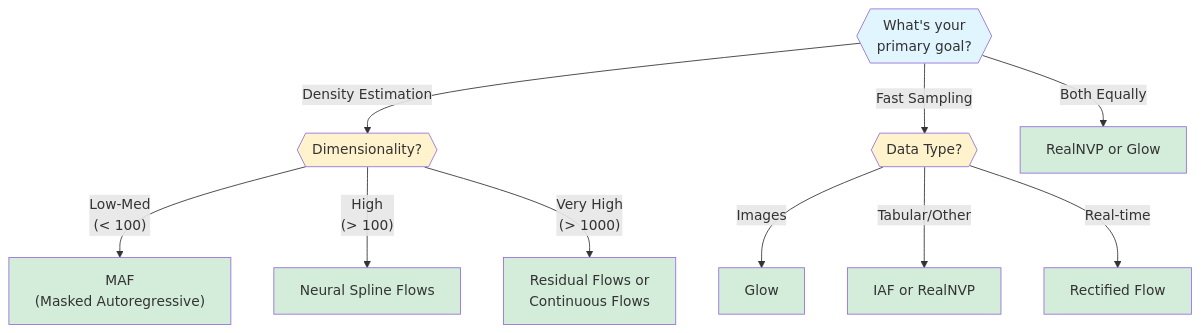
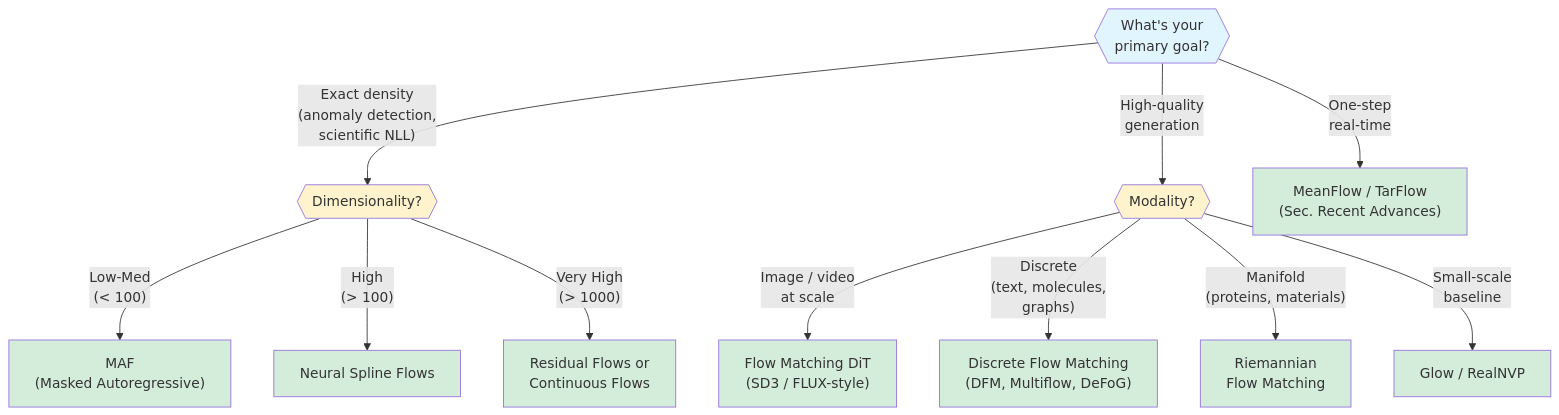
One commit to avitai/artifex changed the seventh of 7 diagrams in docs/user-guide/concepts/flow-explained.md. Above: the diagram before and after it, drawn with Mermaid. The commit also changed other lines of this file and 16 other files, not shown here.

````diff
--- a/docs/user-guide/concepts/flow-explained.md
+++ b/docs/user-guide/concepts/flow-explained.md
@@ -981,26 +1066,28 @@
 ```mermaid
 graph TD
     Start{{"What's your<br/>primary goal?"}}
-    Start -->|"Density Estimation"| Dense{{"Dimensionality?"}}
-    Start -->|"Fast Sampling"| Sample{{"Data Type?"}}
-    Start -->|"Both Equally"| Both["RealNVP or Glow"]
+    Start -->|"Exact density<br/>(anomaly detection,<br/>scientific NLL)"| Dense{{"Dimensionality?"}}
+    Start -->|"High-quality<br/>generation"| Gen{{"Modality?"}}
+    Start -->|"One-step<br/>real-time"| Fast["MeanFlow / TarFlow<br/>(Sec. Recent Advances)"]
 
     Dense -->|"Low-Med<br/>(< 100)"| MAF["MAF<br/>(Masked Autoregressive)"]
     Dense -->|"High<br/>(> 100)"| Spline["Neural Spline Flows"]
     Dense -->|"Very High<br/>(> 1000)"| Residual["Residual Flows or<br/>Continuous Flows"]
 
-    Sample -->|"Images"| Glow["Glow"]
-    Sample -->|"Tabular/Other"| IAF["IAF or RealNVP"]
-    Sample -->|"Real-time"| Rectified["Rectified Flow"]
+    Gen -->|"Image / video<br/>at scale"| FM["Flow Matching DiT<br/>(SD3 / FLUX-style)"]
+    Gen -->|"Discrete<br/>(text, molecules,<br/>graphs)"| DFM["Discrete Flow Matching<br/>(DFM, Multiflow, DeFoG)"]
+    Gen -->|"Manifold<br/>(proteins, materials)"| RFM["Riemannian<br/>Flow Matching"]
+    Gen -->|"Small-scale<br/>baseline"| Glow["Glow / RealNVP"]
 
     style Start fill:#e1f5ff
     style Dense fill:#fff3cd
-    style Sample fill:#fff3cd
+    style Gen fill:#fff3cd
     style MAF fill:#d4edda
     style Spline fill:#d4edda
     style Glow fill:#d4edda
-    style IAF fill:#d4edda
-    style Both fill:#d4edda
+    style FM fill:#d4edda
+    style DFM fill:#d4edda
+    style RFM fill:#d4edda
     style Residual fill:#d4edda
-    style Rectified fill:#d4edda
+    style Fast fill:#d4edda
 ```
````
